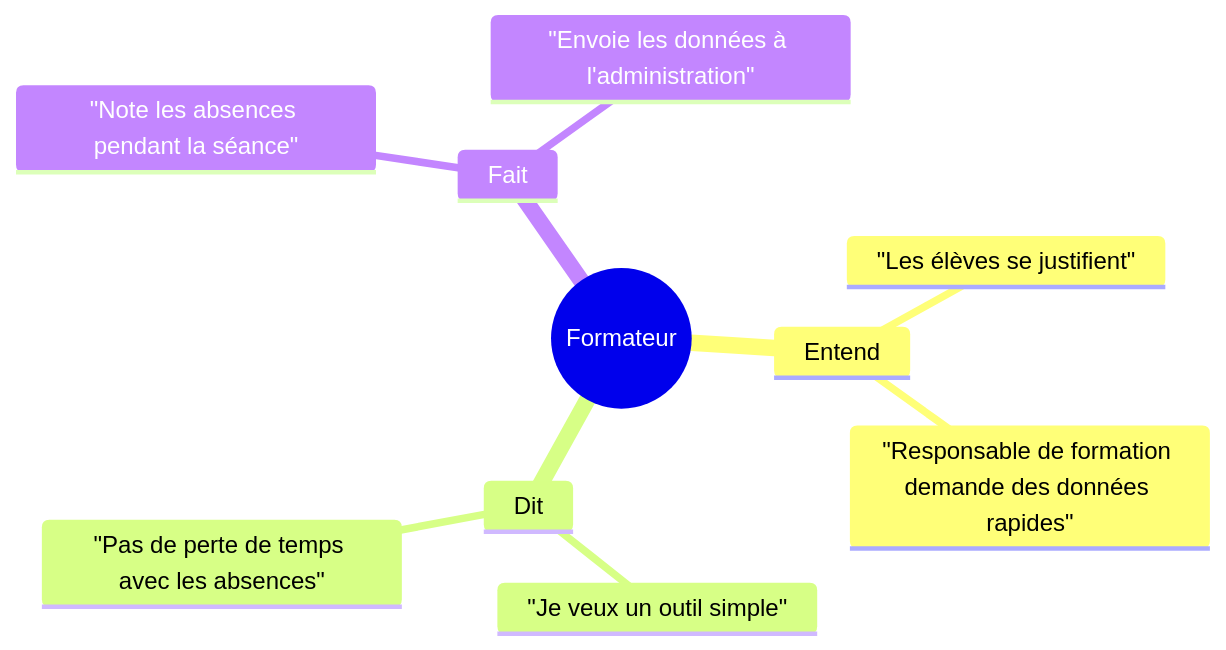
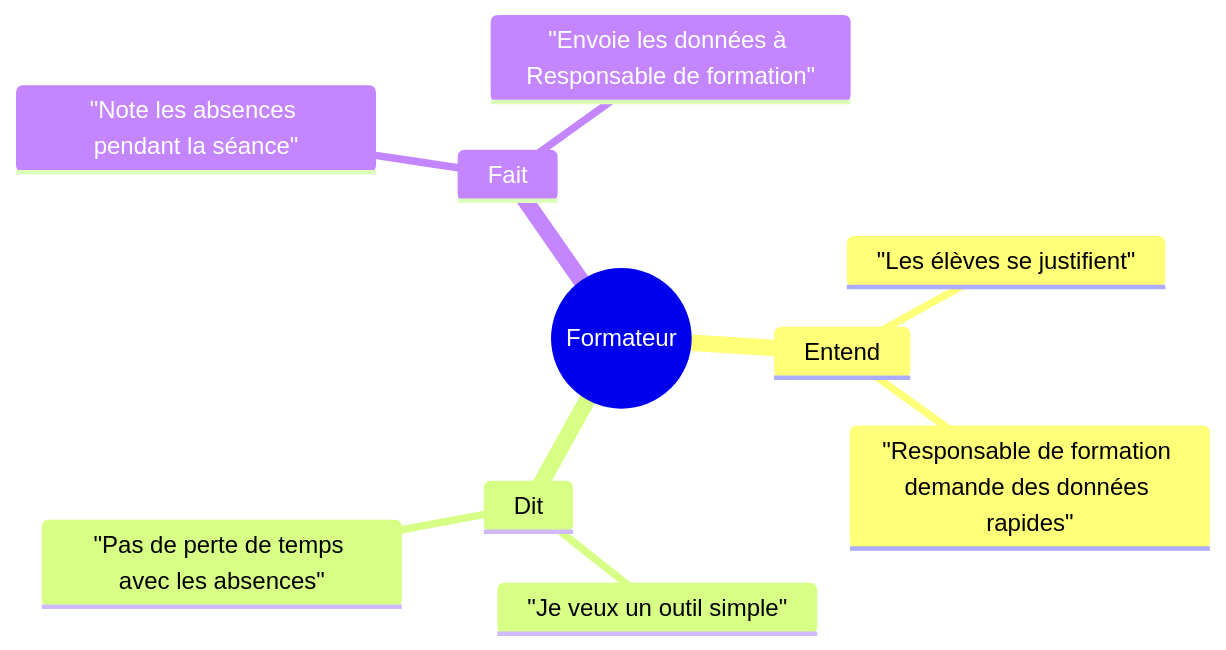
Before and after one commit to DevZakariaAz/19.Ui_Ux_Session: the diagram in Branche_fonctionnelle/desing_thinking/empathie_Formateur.mermaid, drawn with Mermaid. The commit also changed 1 other file, not shown here.

```diff
--- a/Branche_fonctionnelle/desing_thinking/empathie_Formateur.mermaid
+++ b/Branche_fonctionnelle/desing_thinking/empathie_Formateur.mermaid
@@ -1,11 +1,12 @@
 mindmap
   root((Formateur))
     Entend
       "Les élèves se justifient"
       "Responsable de formation demande des données rapides"
     Dit
       "Je veux un outil simple"
       "Pas de perte de temps avec les absences"
+
     Fait
       "Note les absences pendant la séance"
-      "Envoie les données à l'administration"
+      "Envoie les données à Responsable de formation"
```
